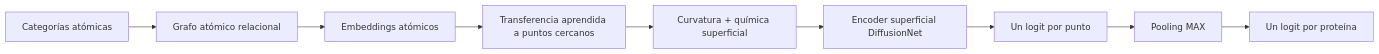
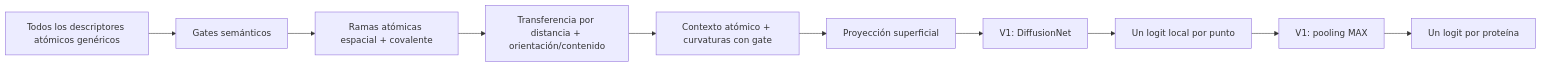
One commit to Davimity/WISDOM changed the fourth of 5 diagrams in README.es.md. Above: the diagram before and after it, drawn with Mermaid. The commit also changed other lines of this file and 25 other files, not shown here.

````diff
--- a/README.es.md
+++ b/README.es.md
@@ -2270,11 +2491,12 @@
 ```mermaid
 flowchart LR
-    A["Categorías atómicas"] --> B["Grafo atómico relacional"]
-    B --> C["Embeddings atómicos"]
-    C --> D["Transferencia aprendida a puntos cercanos"]
-    D --> E["Curvatura + química superficial"]
-    E --> F["Encoder superficial DiffusionNet"]
-    F --> G["Un logit por punto"]
-    G --> H["Pooling MAX"]
-    H --> I["Un logit por proteína"]
+    A["Todos los descriptores atómicos genéricos"] --> B["Gates semánticos"]
+    B --> C["Ramas atómicas espacial + covalente"]
+    C --> D["Transferencia por distancia + orientación/contenido"]
+    D --> E["Contexto atómico + curvaturas con gate"]
+    E --> F["Proyección superficial"]
+    F --> G["V1: DiffusionNet"]
+    G --> H["Un logit local por punto"]
+    H --> I["V1: pooling MAX"]
+    I --> J["Un logit por proteína"]
 ```
````
